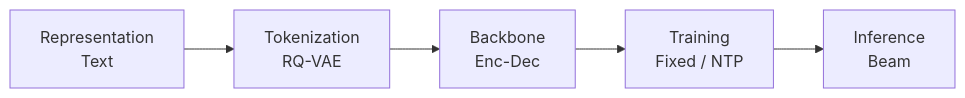
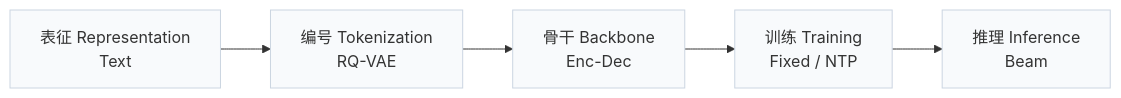
Before and after one commit to Galaxy-ghost/Awesome-SID-Generative-Rec: the first of 4 diagrams in pages/zh/papers/tiger.md, drawn with Mermaid. The commit also changed other lines of this file and 649 other files, not shown here.

Commit message:
writer-05: also tags and modality index (schema, check, build, visuals); summary field removed; calibration data for 12 papers

````diff
--- a/pages/zh/papers/tiger.md
+++ b/pages/zh/papers/tiger.md
@@ -13,4 +15,6 @@
 ```mermaid
 flowchart LR
-    R["Representation<br/>Text"] --> T["Tokenization<br/>RQ-VAE"] --> B["Backbone<br/>Enc-Dec"] --> TR["Training<br/>Fixed / NTP"] --> I["Inference<br/>Beam"]
+    R["表征 Representation<br/>Text"] --> T["编号 Tokenization<br/>RQ-VAE"] --> B["骨干 Backbone<br/>Enc-Dec"] --> TR["训练 Training<br/>Fixed / NTP"] --> I["推理 Inference<br/>Beam"]
+    classDef base fill:#f8fafc,stroke:#cbd5e1
+    class R,T,B,TR,I base
 ```
````
